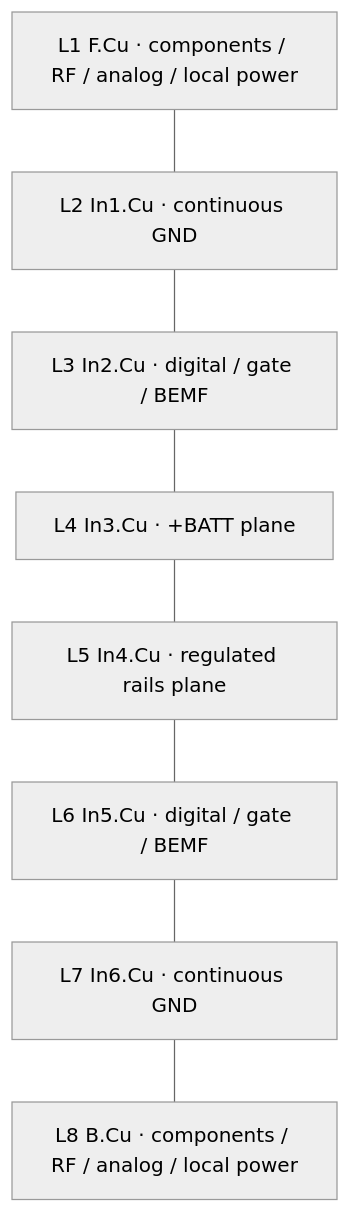
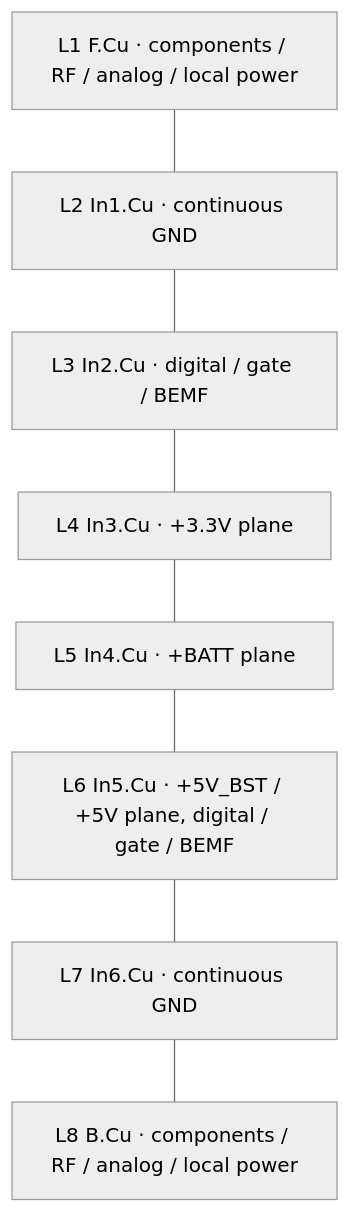
One commit to OpenDrone-hw/OpenAIO-Whoop changed the diagram in research/ROUTING.md. Above: the diagram before and after it, drawn with Mermaid (neutral theme). The commit also changed other lines of this file and 5 other files, not shown here.

````diff
--- a/research/ROUTING.md
+++ b/research/ROUTING.md
@@ -48,12 +48,12 @@
 ```mermaid
 flowchart TB
   L1["L1 F.Cu · components / RF / analog / local power"]
   L2["L2 In1.Cu · continuous GND"]
   L3["L3 In2.Cu · digital / gate / BEMF"]
-  L4["L4 In3.Cu · +BATT plane"]
-  L5["L5 In4.Cu · regulated rails plane"]
-  L6["L6 In5.Cu · digital / gate / BEMF"]
+  L4["L4 In3.Cu · +3.3V plane"]
+  L5["L5 In4.Cu · +BATT plane"]
+  L6["L6 In5.Cu · +5V_BST / +5V plane, digital / gate / BEMF"]
   L7["L7 In6.Cu · continuous GND"]
   L8["L8 B.Cu · components / RF / analog / local power"]
   L1 --- L2 --- L3 --- L4 --- L5 --- L6 --- L7 --- L8
 ```
````
